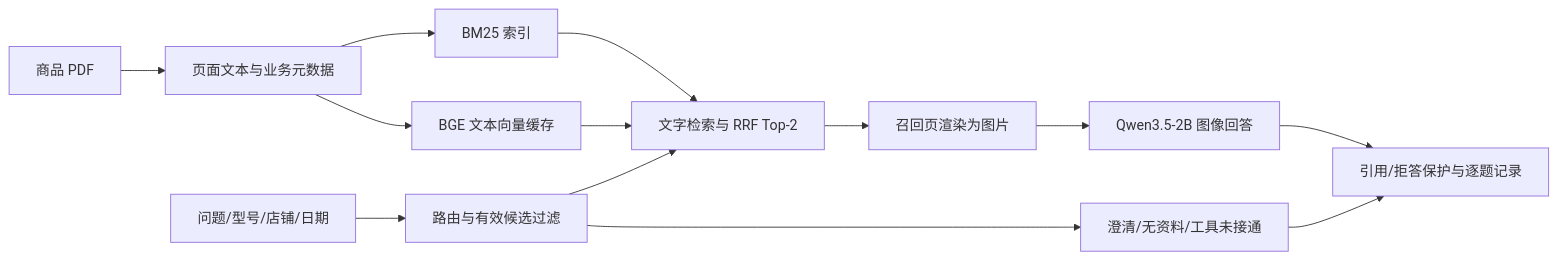
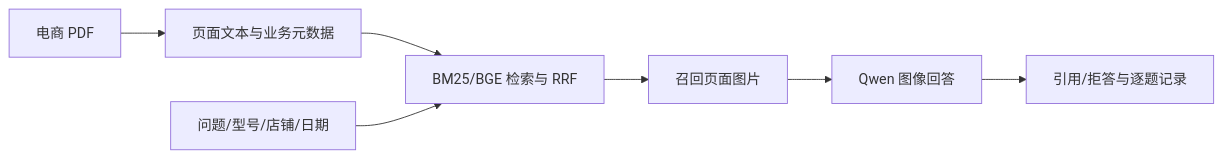
The diagram in README.md (AaronYue77/VisRAG), drawn with Mermaid before and after one commit. The commit also changed other lines of this file and 50 other files, not shown here.

````diff
--- a/README.md
+++ b/README.md
@@ -30,15 +24,9 @@
 ```mermaid
 flowchart LR
-    D[商品 PDF] --> T[页面文本与业务元数据]
-    T --> B[BM25 索引]
-    T --> E[BGE 文本向量缓存]
-    Q[问题/型号/店铺/日期] --> F[路由与有效候选过滤]
-    F --> R[文字检索与 RRF Top-2]
-    B --> R
-    E --> R
-    R --> P[召回页渲染为图片]
-    P --> V[Qwen3.5-2B 图像回答]
-    V --> O[引用/拒答保护与逐题记录]
-    F --> S[澄清/无资料/工具未接通]
-    S --> O
+    P[电商 PDF] --> T[页面文本与业务元数据]
+    T --> R[BM25/BGE 检索与 RRF]
+    Q[问题/型号/店铺/日期] --> R
+    R --> I[召回页面图片]
+    I --> V[Qwen 图像回答]
+    V --> O[引用/拒答与逐题记录]
 ```
````
